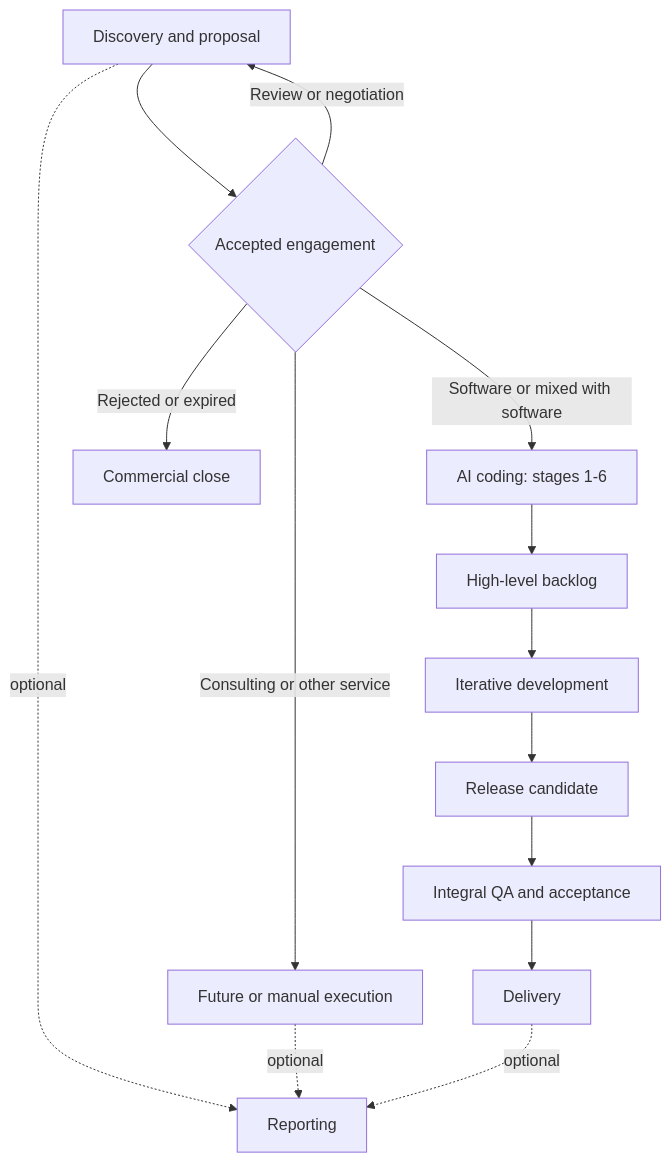
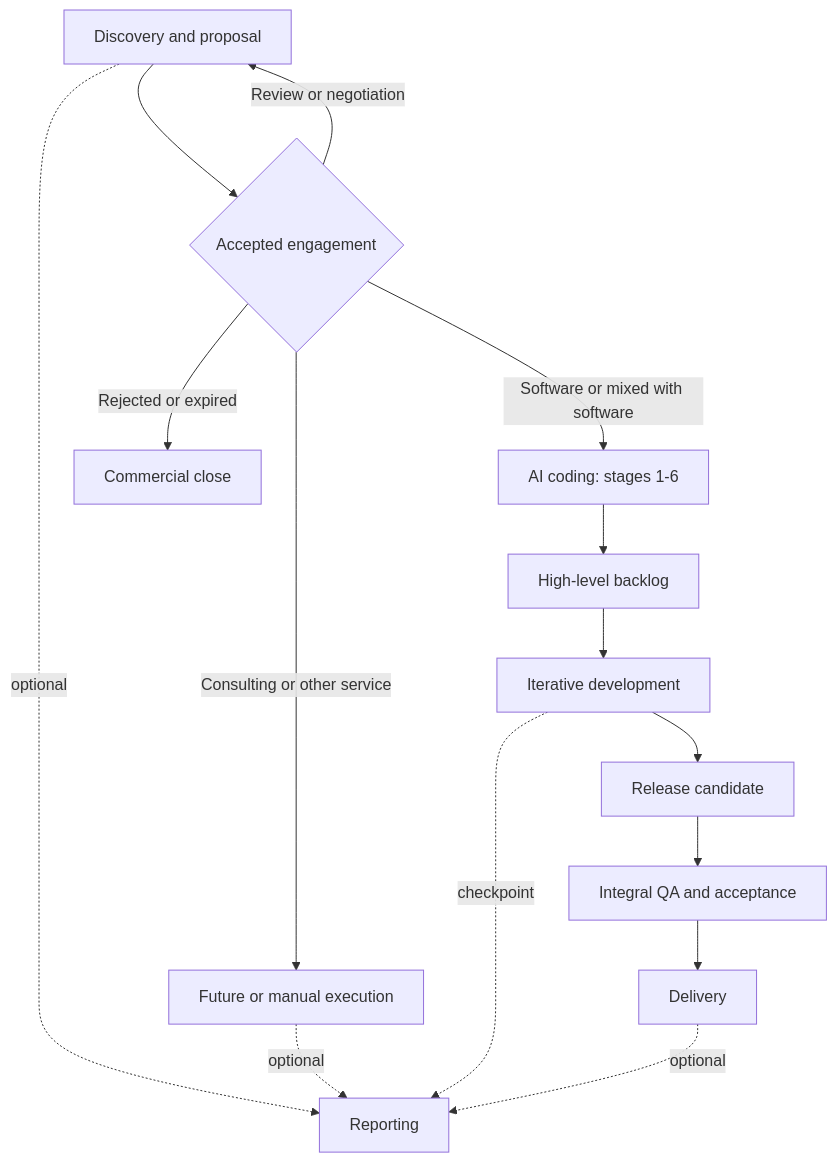
The diagram in README.md (flaviogragnolati/ai-workflow), drawn with Mermaid before and after one commit. The commit also changed other lines of this file and 17 other files, not shown here.

````diff
--- a/README.md
+++ b/README.md
@@ -32,18 +33,19 @@
 ```mermaid
 flowchart TB
     D["Discovery and proposal"] --> G{"Accepted engagement"}
     G -->|"Software or mixed with software"| A["AI coding: stages 1-6"]
     G -->|"Consulting or other service"| S["Future or manual execution"]
     G -->|"Review or negotiation"| D
     G -->|"Rejected or expired"| C["Commercial close"]
 
     A --> B["High-level backlog"]
     B --> X["Iterative development"]
     X --> RC["Release candidate"]
     RC --> Q["Integral QA and acceptance"]
     Q --> E["Delivery"]
 
     D -. "optional" .-> R["Reporting"]
     S -. "optional" .-> R
+    X -. "checkpoint" .-> R
     E -. "optional" .-> R
 ```
````
